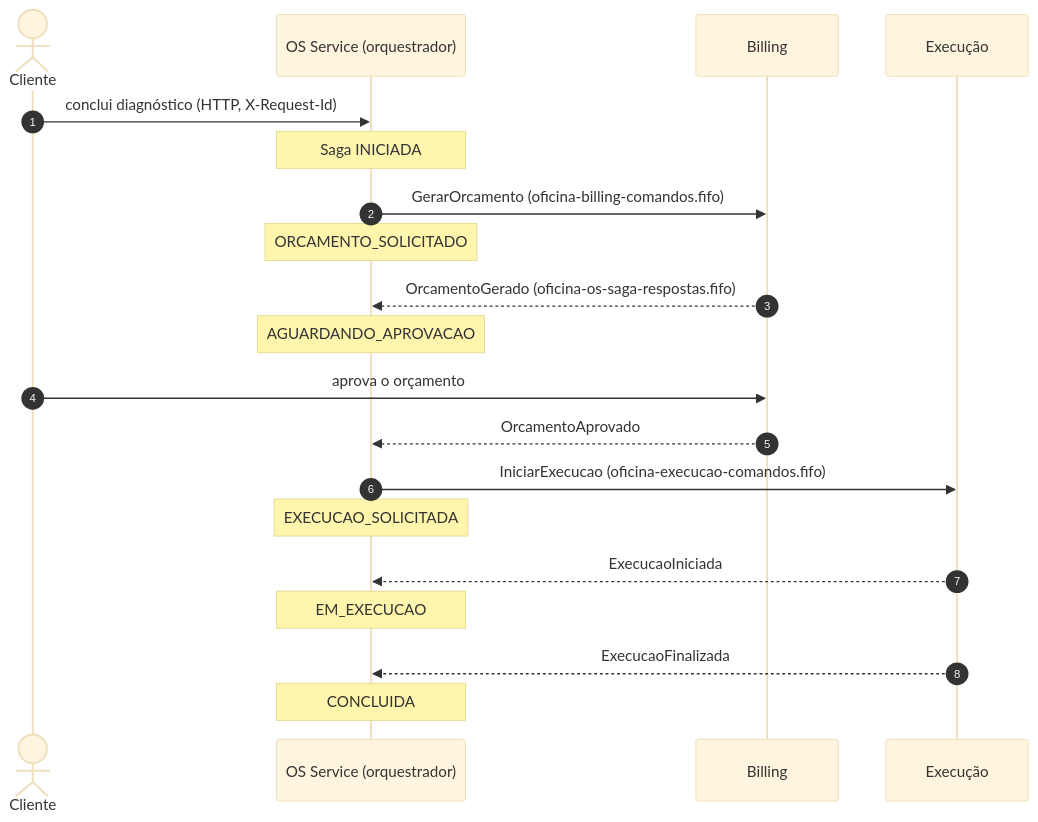
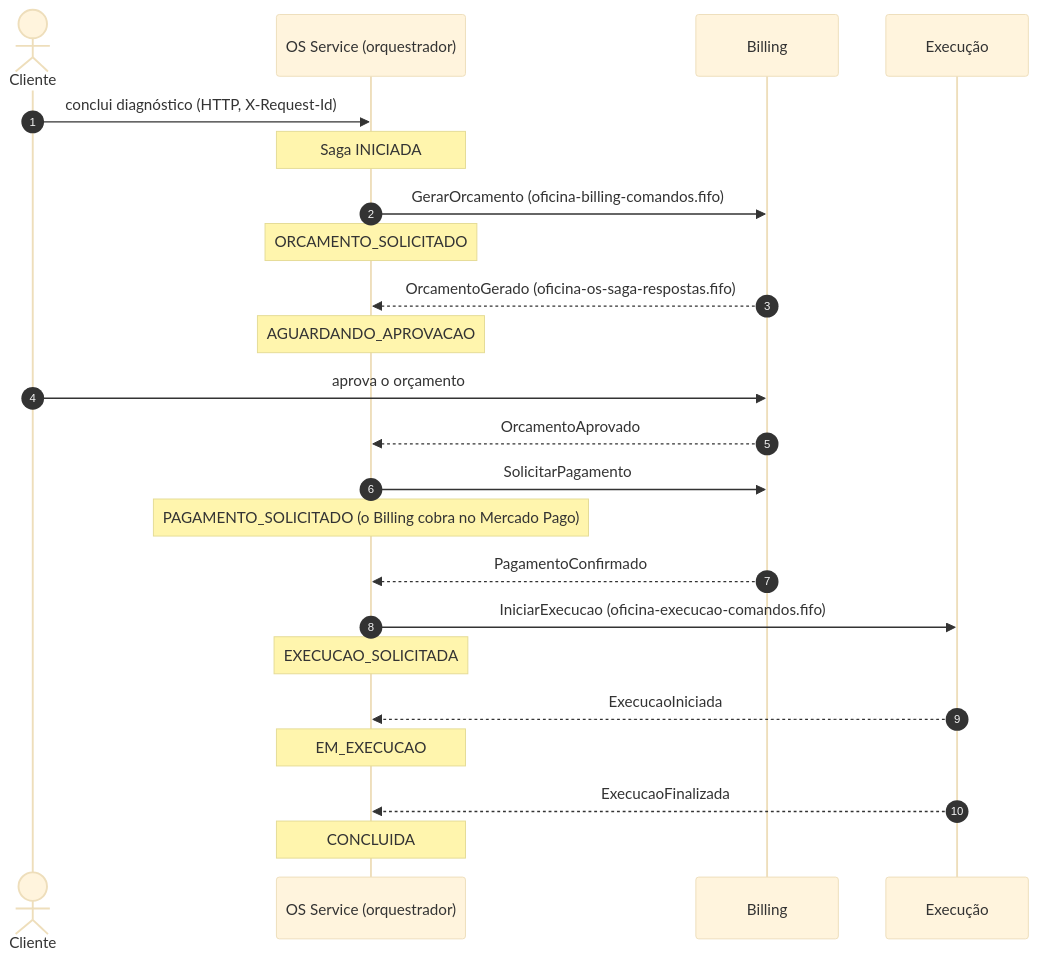
Before and after one commit to helyomendesdev/tech-challenge-oficina-saga: the first of 5 diagrams in docs/fluxo-saga.md, drawn with Mermaid (base theme). The commit also changed other lines of this file and 26 other files, not shown here.

````diff
--- a/docs/fluxo-saga.md
+++ b/docs/fluxo-saga.md
@@ -7,23 +7,26 @@
 ```mermaid
 sequenceDiagram
     autonumber
     actor Cliente
     participant OS as OS Service (orquestrador)
     participant BIL as Billing
     participant EXE as Execução
 
     Cliente->>OS: conclui diagnóstico (HTTP, X-Request-Id)
     Note over OS: Saga INICIADA
     OS->>BIL: GerarOrcamento (oficina-billing-comandos.fifo)
     Note over OS: ORCAMENTO_SOLICITADO
     BIL-->>OS: OrcamentoGerado (oficina-os-saga-respostas.fifo)
     Note over OS: AGUARDANDO_APROVACAO
     Cliente->>BIL: aprova o orçamento
     BIL-->>OS: OrcamentoAprovado
+    OS->>BIL: SolicitarPagamento
+    Note over OS: PAGAMENTO_SOLICITADO (o Billing cobra no Mercado Pago)
+    BIL-->>OS: PagamentoConfirmado
     OS->>EXE: IniciarExecucao (oficina-execucao-comandos.fifo)
     Note over OS: EXECUCAO_SOLICITADA
     EXE-->>OS: ExecucaoIniciada
     Note over OS: EM_EXECUCAO
     EXE-->>OS: ExecucaoFinalizada
     Note over OS: CONCLUIDA
 ```
````
